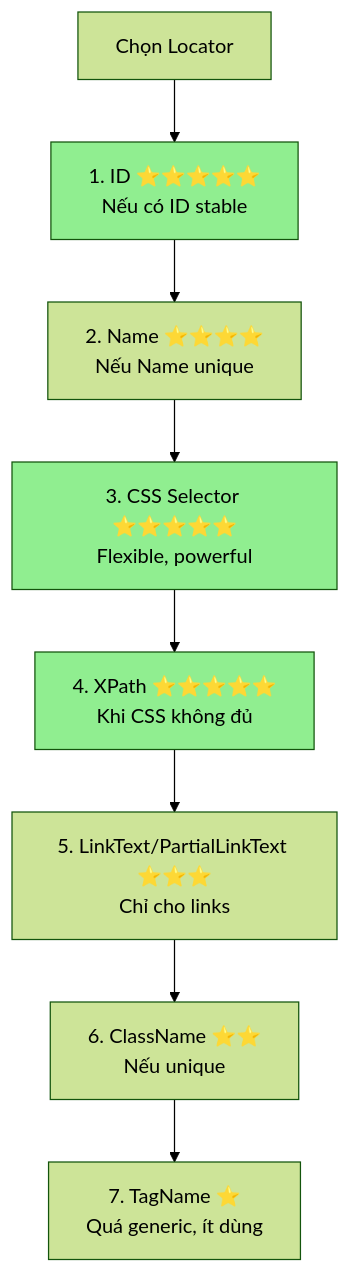
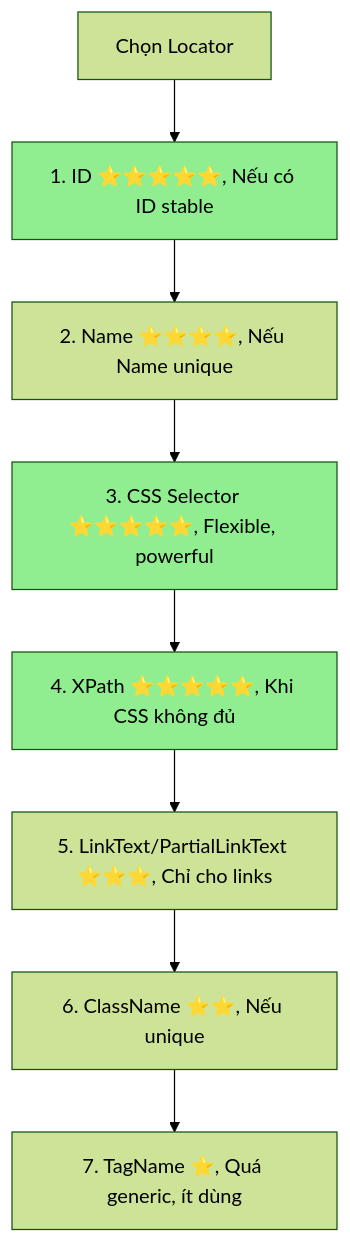
The sixth of 6 diagrams in 05-locators-8-strategies.md (namnd0806/automation-testing-cource), drawn with Mermaid (forest theme) before and after one commit. The commit also changed other lines of this file and 4 other files, not shown here.

First line of the commit message:
Fix: Sửa tất cả sơ đồ Mermaid lỗi format

````diff
--- a/05-locators-8-strategies.md
+++ b/05-locators-8-strategies.md
@@ -579,22 +579,22 @@
 ```mermaid
 graph TD
     A[Chọn Locator]
     
-    A --> B[1. ID ⭐⭐⭐⭐⭐<br/>Nếu có ID stable]
+    A --> B[1. ID ⭐⭐⭐⭐⭐, Nếu có ID stable]
     
-    B --> C[2. Name ⭐⭐⭐⭐<br/>Nếu Name unique]
+    B --> C[2. Name ⭐⭐⭐⭐, Nếu Name unique]
     
-    C --> D[3. CSS Selector ⭐⭐⭐⭐⭐<br/>Flexible, powerful]
+    C --> D[3. CSS Selector ⭐⭐⭐⭐⭐, Flexible, powerful]
     
-    D --> E[4. XPath ⭐⭐⭐⭐⭐<br/>Khi CSS không đủ]
+    D --> E[4. XPath ⭐⭐⭐⭐⭐, Khi CSS không đủ]
     
-    E --> F[5. LinkText/PartialLinkText ⭐⭐⭐<br/>Chỉ cho links]
+    E --> F[5. LinkText/PartialLinkText ⭐⭐⭐, Chỉ cho links]
     
-    F --> G[6. ClassName ⭐⭐<br/>Nếu unique]
+    F --> G[6. ClassName ⭐⭐, Nếu unique]
     
-    G --> H[7. TagName ⭐<br/>Quá generic, ít dùng]
+    G --> H[7. TagName ⭐, Quá generic, ít dùng]
     
     style B fill:#90EE90
     style D fill:#90EE90
     style E fill:#90EE90
 ```
````
